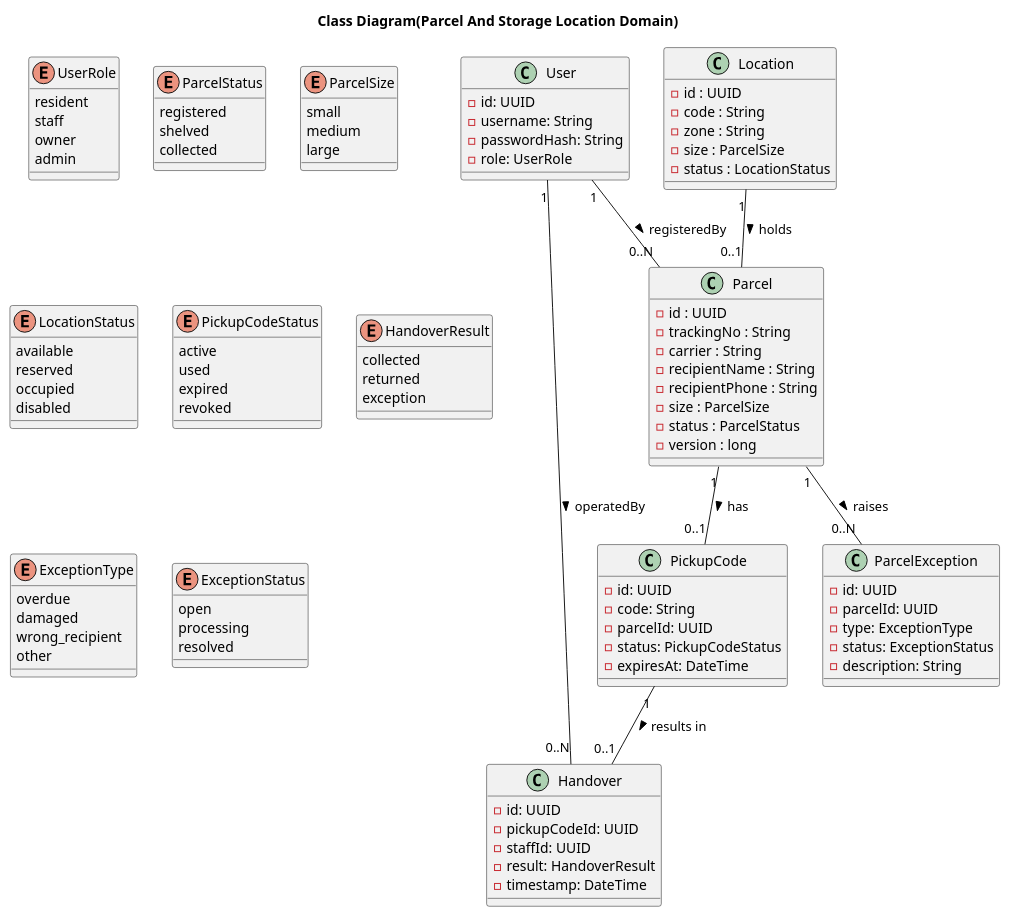
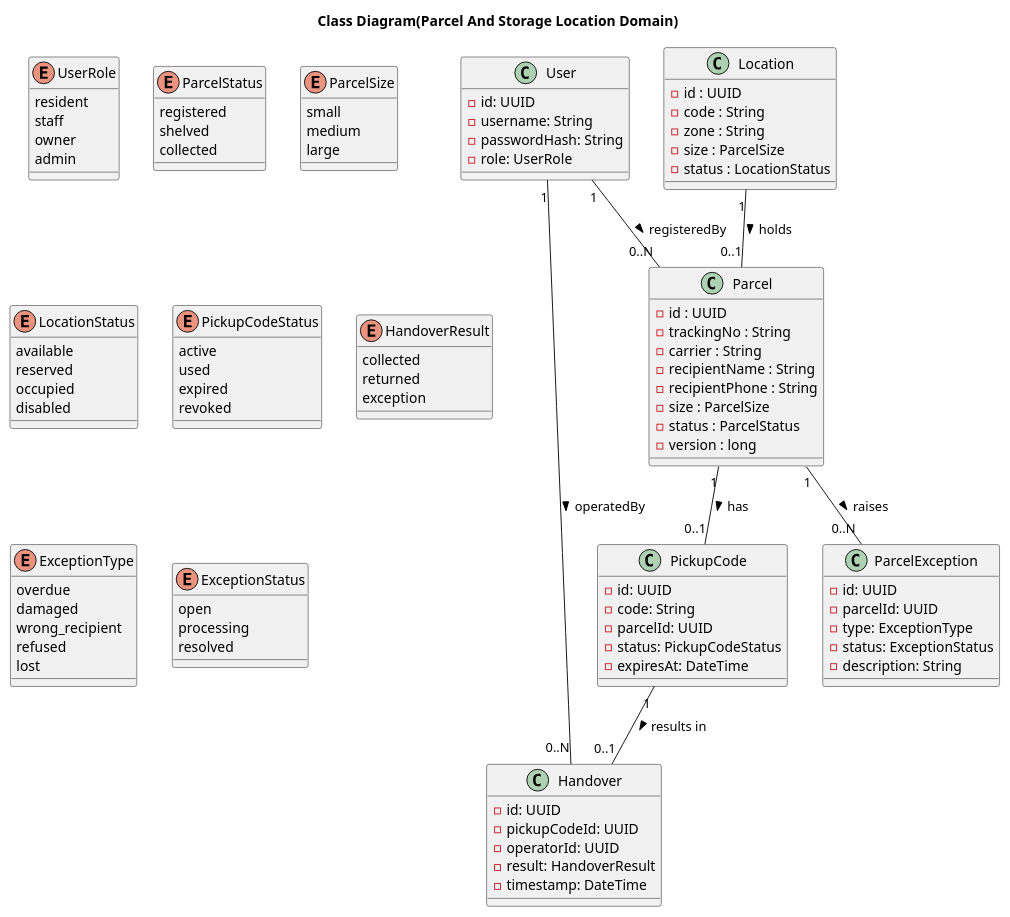
The diagram in docs/02-design/uml/class-parcel-and-location.puml (123dvfj123/linyi-collection-point), drawn with PlantUML before and after one commit. The commit also changed 1 other file, not shown here.

Commit message:
docs(design): align the exception types with SRS IS-8 and unify operatorId [T-20-07]
ExceptionType now carries the five SRS values (overdue, damaged, wrong_recipient, refused, lost) and Handover uses operatorId to match the ERD. The resolved operatorId finding is marked in the folder README.

```diff
--- a/docs/02-design/uml/class-parcel-and-location.puml
+++ b/docs/02-design/uml/class-parcel-and-location.puml
@@ -1,98 +1,99 @@
 @startuml class-parcel-and-location
 title Class Diagram(Parcel And Storage Location Domain)
 enum UserRole {
   resident
   staff
   owner
   admin
 }
 enum ParcelStatus {
   registered
   shelved
   collected
 }
 enum ParcelSize {
   small
   medium
   large
 }
 enum LocationStatus {
   available
   reserved
   occupied
   disabled
 }
 enum PickupCodeStatus {
   active
   used
   expired
   revoked
 }
 enum HandoverResult {
   collected
   returned
   exception
 }
 enum ExceptionType {
   overdue
   damaged
   wrong_recipient
-  other
+  refused
+  lost
 }
 enum ExceptionStatus {
   open
   processing
   resolved
 }
 class User {
   - id: UUID
   - username: String
   - passwordHash: String
   - role: UserRole
 }
 class Location {
   - id : UUID
   - code : String
   - zone : String
   - size : ParcelSize
   - status : LocationStatus
 }
 
 class Parcel {
   - id : UUID
   - trackingNo : String
   - carrier : String
   - recipientName : String
   - recipientPhone : String
   - size : ParcelSize
   - status : ParcelStatus
   - version : long
 }
 class PickupCode {
   - id: UUID
   - code: String
   - parcelId: UUID
   - status: PickupCodeStatus
   - expiresAt: DateTime
 }
 class ParcelException {
   - id: UUID
   - parcelId: UUID
   - type: ExceptionType
   - status: ExceptionStatus
   - description: String
 }
 class Handover {
   - id: UUID
   - pickupCodeId: UUID
-  - staffId: UUID
+  - operatorId: UUID
   - result: HandoverResult
   - timestamp: DateTime
 }
 User "1" -- "0..N" Parcel : registeredBy >
 Location "1" -- "0..1" Parcel : holds >
 Parcel "1" -- "0..1" PickupCode : has >
 PickupCode "1" -- "0..1" Handover : results in >
 User "1" -- "0..N" Handover : operatedBy >
 Parcel "1" -- "0..N" ParcelException : raises >
 @enduml
```
